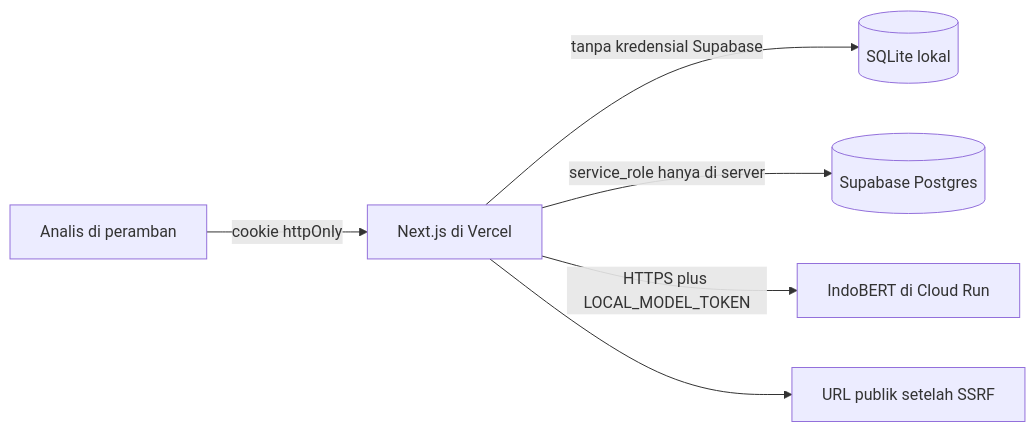
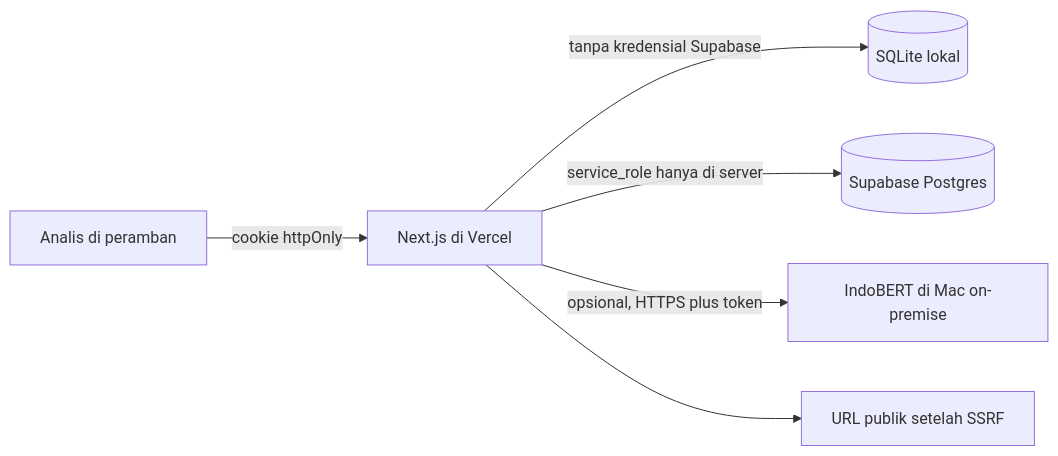
One commit to Moch-Iqbaal/kartika-sentinel changed the first of 2 diagrams in docs/ARCHITECTURE.md. Above: the diagram before and after it, drawn with Mermaid. The commit also changed other lines of this file and 16 other files, not shown here.

First line of the commit message:
feat: default the web to mode ringan and add a Mac on-prem tunnel

````diff
--- a/docs/ARCHITECTURE.md
+++ b/docs/ARCHITECTURE.md
@@ -7,15 +7,15 @@
 ```mermaid
 flowchart LR
   analis[Analis di peramban]
   web[Next.js di Vercel]
   sqlite[(SQLite lokal)]
   pg[(Supabase Postgres)]
-  model[IndoBERT di Cloud Run]
+  mac[IndoBERT di Mac on-premise]
   publik[URL publik setelah SSRF]
 
   analis -->|cookie httpOnly| web
   web -->|tanpa kredensial Supabase| sqlite
   web -->|service_role hanya di server| pg
-  web -->|HTTPS plus LOCAL_MODEL_TOKEN| model
+  web -->|opsional, HTTPS plus token| mac
   web --> publik
 ```
````
